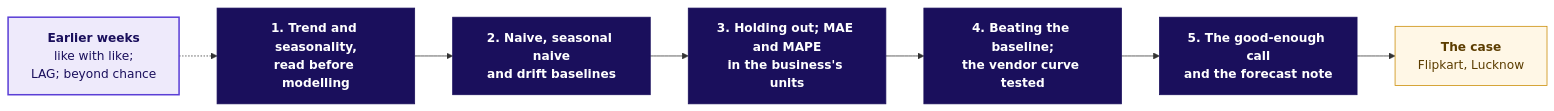
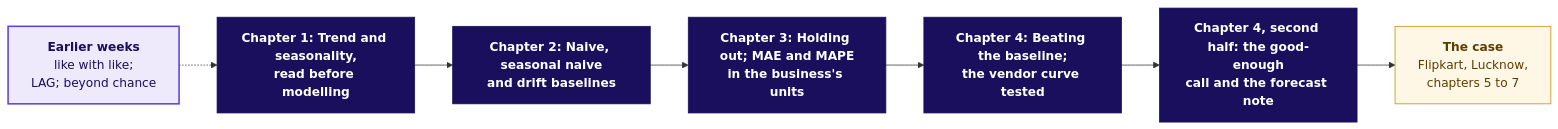
One commit to fde-academy-lab/c2-content-factory changed the first of 7 diagrams in content/W04/D5/whiteboards/C2_W04_D05_board_work_STUDENT.md. Above: the diagram before and after it, drawn with Mermaid. The commit also changed other lines of this file and 5 other files, not shown here.

````diff
--- a/content/W04/D5/whiteboards/C2_W04_D05_board_work_STUDENT.md
+++ b/content/W04/D5/whiteboards/C2_W04_D05_board_work_STUDENT.md
@@ -22,15 +22,15 @@
 ```mermaid
 flowchart LR
     E["<b>Earlier weeks</b><br/>like with like;<br/>LAG; beyond chance"] -.-> T1
-    T1["<b>1. Trend and seasonality,</b><br/><b>read before modelling</b>"] --> T2["<b>2. Naive, seasonal naive</b><br/><b>and drift baselines</b>"]
-    T2 --> T3["<b>3. Holding out; MAE and MAPE</b><br/><b>in the business's units</b>"]
-    T3 --> T4["<b>4. Beating the baseline;</b><br/><b>the vendor curve tested</b>"]
-    T4 --> T5["<b>5. The good-enough call</b><br/><b>and the forecast note</b>"]
-    T5 --> C["<b>The case</b><br/>Flipkart, Lucknow"]
+    T1["<b>Chapter 1: Trend and seasonality,</b><br/><b>read before modelling</b>"] --> T2["<b>Chapter 2: Naive, seasonal naive</b><br/><b>and drift baselines</b>"]
+    T2 --> T3["<b>Chapter 3: Holding out; MAE and MAPE</b><br/><b>in the business's units</b>"]
+    T3 --> T4["<b>Chapter 4: Beating the baseline;</b><br/><b>the vendor curve tested</b>"]
+    T4 --> T5["<b>Chapter 4, second half: the good-enough</b><br/><b>call and the forecast note</b>"]
+    T5 --> C["<b>The case</b><br/>Flipkart, Lucknow,<br/>chapters 5 to 7"]
     classDef lit fill:#1A0F5C,stroke:#1A0F5C,color:#FFFFFF
     classDef known fill:#EEEAFB,stroke:#5B3FD6,color:#1A0F5C,stroke-width:2px
     classDef kalpa fill:#FFF7E6,stroke:#C98A00,color:#5C3D00
     class T1,T2,T3,T4,T5 lit
     class E known
     class C kalpa
 ```
````
